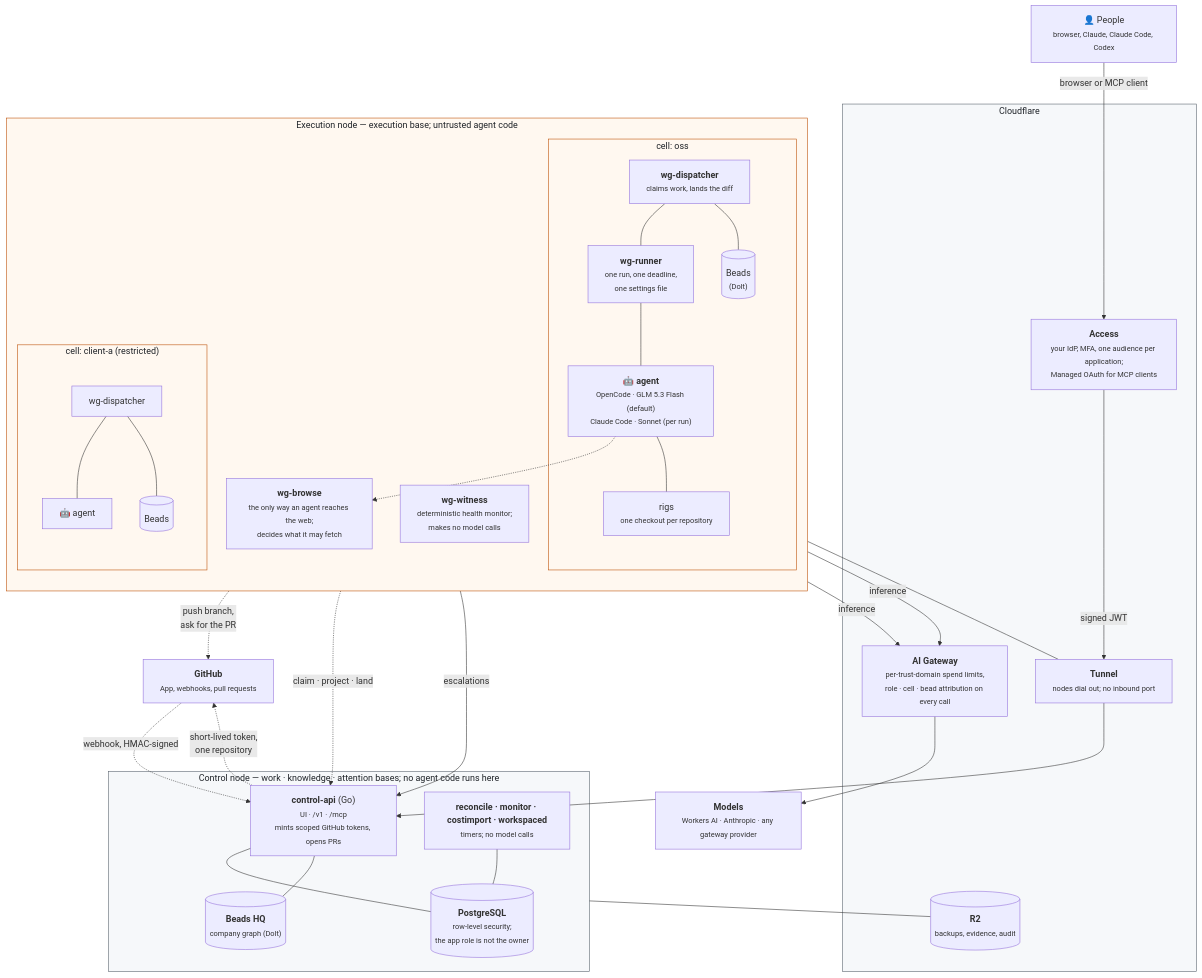
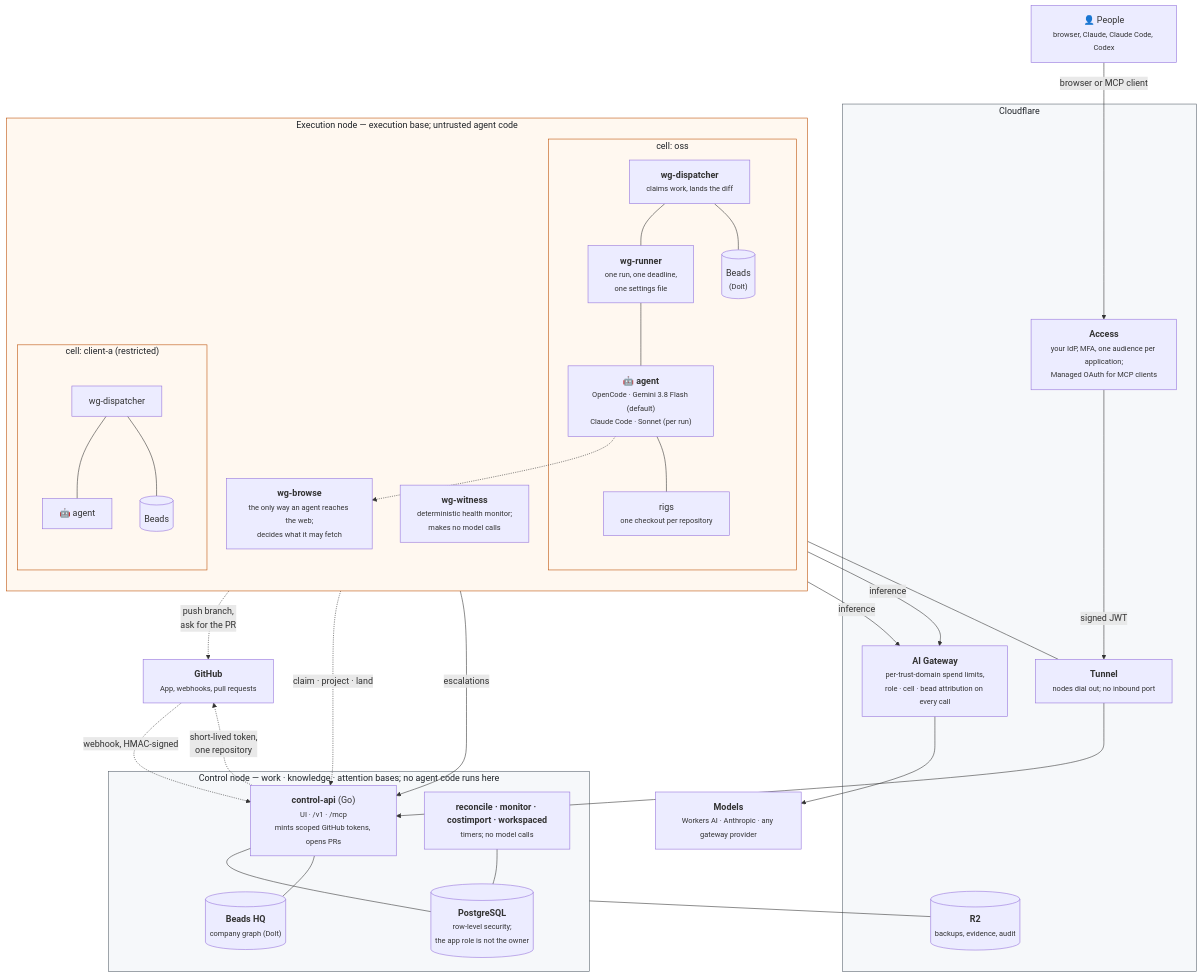
The second of 2 diagrams in README.md (datopian/openbases), drawn with Mermaid before and after one commit. The commit also changed other lines of this file and 2 other files, not shown here.

````diff
--- a/README.md
+++ b/README.md
@@ -182,68 +186,68 @@
 ```mermaid
 flowchart TB
     person["👤 People<br/><small>browser, Claude, Claude Code, Codex</small>"]
 
     subgraph cf["Cloudflare"]
         access["<b>Access</b><br/><small>your IdP, MFA, one audience per application;<br/>Managed OAuth for MCP clients</small>"]
         tunnel["<b>Tunnel</b><br/><small>nodes dial out; no inbound port</small>"]
         aigw["<b>AI Gateway</b><br/><small>per-trust-domain spend limits,<br/>role · cell · bead attribution on every call</small>"]
         r2[("<b>R2</b><br/><small>backups, evidence, audit</small>")]
     end
 
     subgraph control["Control node — work · knowledge · attention bases; no agent code runs here"]
         api["<b>control-api</b> (Go)<br/><small>UI · /v1 · /mcp<br/>mints scoped GitHub tokens, opens PRs</small>"]
         pg[("<b>PostgreSQL</b><br/><small>row-level security;<br/>the app role is not the owner</small>")]
         hq[("<b>Beads HQ</b><br/><small>company graph (Dolt)</small>")]
         timers["<b>reconcile · monitor · costimport · workspaced</b><br/><small>timers; no model calls</small>"]
     end
 
     subgraph exec["Execution node — execution base; untrusted agent code"]
         direction TB
         subgraph cell1["cell: oss"]
             disp1["<b>wg-dispatcher</b><br/><small>claims work, lands the diff</small>"]
             run1["<b>wg-runner</b><br/><small>one run, one deadline,<br/>one settings file</small>"]
-            ag1["🤖 <b>agent</b><br/><small>OpenCode · GLM 5.3 Flash (default)<br/>Claude Code · Sonnet (per run)</small>"]
+            ag1["🤖 <b>agent</b><br/><small>OpenCode · Gemini 3.8 Flash (default)<br/>Claude Code · Sonnet (per run)</small>"]
             rigs1["rigs<br/><small>one checkout per repository</small>"]
             bd1[("Beads<br/><small>(Dolt)</small>")]
         end
         subgraph cell2["cell: client-a (restricted)"]
             disp2["wg-dispatcher"]
             ag2["🤖 agent"]
             bd2[("Beads")]
         end
         wit["<b>wg-witness</b><br/><small>deterministic health monitor;<br/>makes no model calls</small>"]
         proxy["<b>wg-browse</b><br/><small>the only way an agent reaches the web;<br/>decides what it may fetch</small>"]
     end
 
     gh["<b>GitHub</b><br/><small>App, webhooks, pull requests</small>"]
     models["<b>Models</b><br/><small>Workers AI · Anthropic · any gateway provider</small>"]
 
     person -->|"browser or MCP client"| access
     access -->|"signed JWT"| tunnel
     tunnel --> api
     api --- pg
     api --- hq
     timers --- pg
 
     gh -.->|"webhook, HMAC-signed"| api
     api -.->|"short-lived token,<br/>one repository"| gh
     disp1 -.->|"push branch,<br/>ask for the PR"| gh
     disp1 -.->|"claim · project · land"| api
     ag1 & ag2 -->|"inference"| aigw
     aigw --> models
     ag1 -.-> proxy
     disp1 --- run1 --- ag1
     ag1 --- rigs1
     disp1 --- bd1
     disp2 --- ag2
     disp2 --- bd2
 
     wit -->|"escalations"| api
     control --- r2
     exec --- tunnel
 
     classDef boundary fill:#f6f8fa,stroke:#57606a,color:#1f2328
     classDef danger fill:#fff8f0,stroke:#bc4c00,color:#1f2328
     class control,cf boundary
     class exec,cell1,cell2 danger
 ```
````
